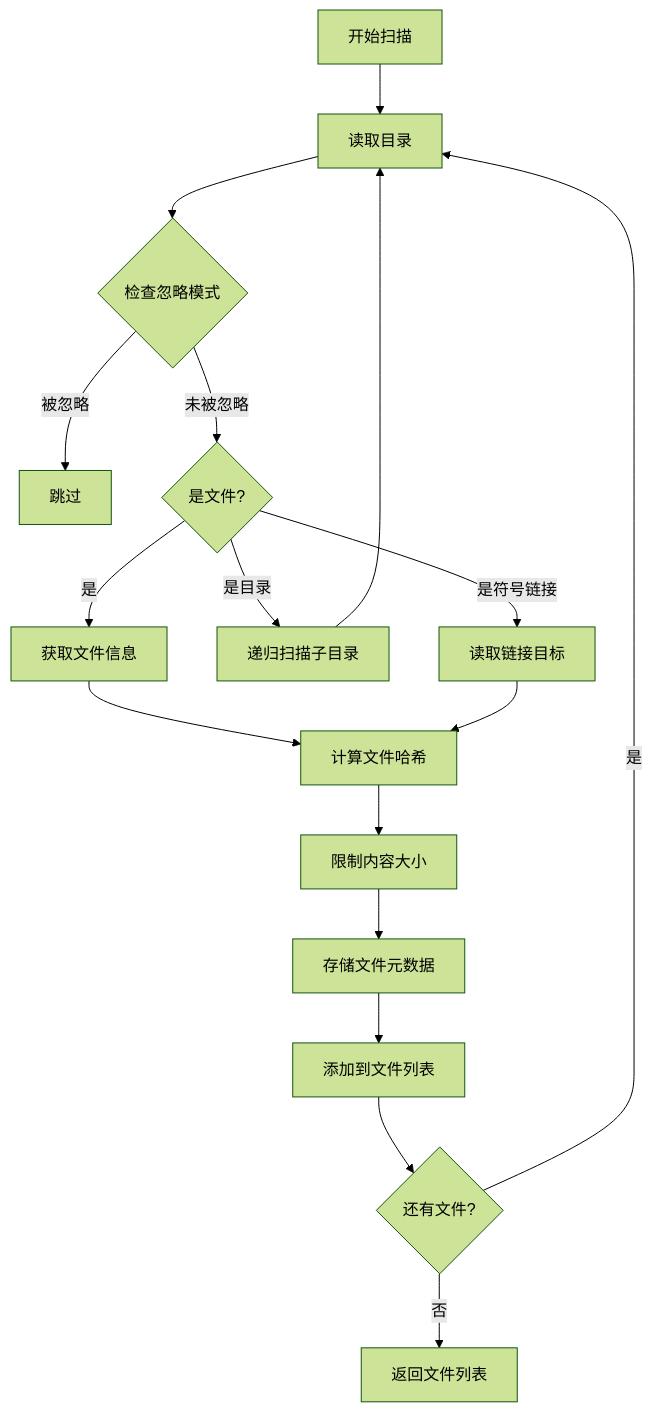
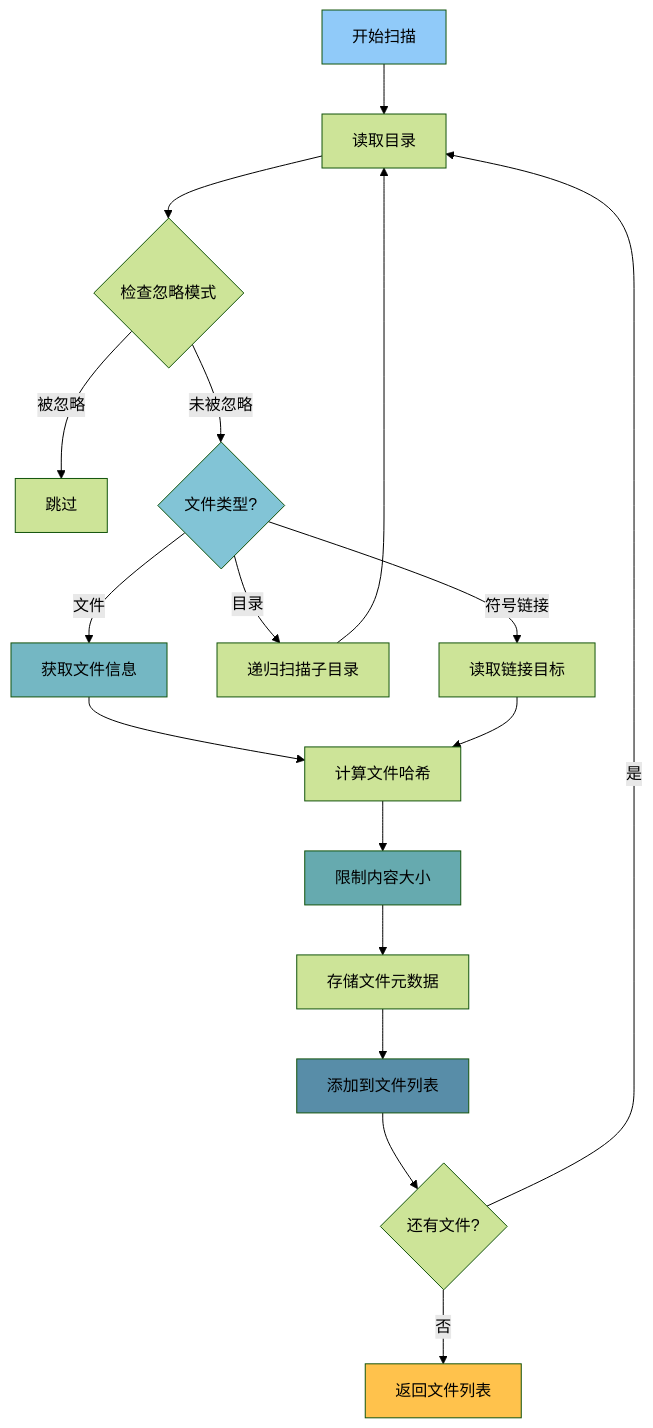
Diagram 25 of 34 in VISUAL_GUIDE.md (haorenlei457/claudecode-book), drawn with Mermaid (forest theme) before and after one commit. The commit also changed other lines of this file and 1 other file, not shown here.

````diff
--- a/VISUAL_GUIDE.md
+++ b/VISUAL_GUIDE.md
@@ -304,22 +635,30 @@
 ```mermaid
 graph TD
     A[开始扫描] --> B[读取目录]
     B --> C{检查忽略模式}
     C -->|被忽略| D[跳过]
-    C -->|未被忽略| E{是文件?}
-    E -->|是| F[获取文件信息]
-    E -->|是目录| G[递归扫描子目录]
-    E -->|是符号链接| H[读取链接目标]
+    C -->|未被忽略| E{文件类型?}
+    
+    E -->|文件| F[获取文件信息]
+    E -->|目录| G[递归扫描子目录]
+    E -->|符号链接| H[读取链接目标]
     
     F --> I[计算文件哈希]
     I --> J[限制内容大小]
     J --> K[存储文件元数据]
     
     G --> B
     H --> I
     
     K --> L[添加到文件列表]
     L --> M{还有文件?}
     M -->|是| B
     M -->|否| N[返回文件列表]
+    
+    style A fill:#90CAF9
+    style E fill:#82C4D6
+    style F fill:#74B7C3
+    style J fill:#66AAAF
+    style L fill:#588DA8
+    style N fill:#FFC24C
 ```
````
